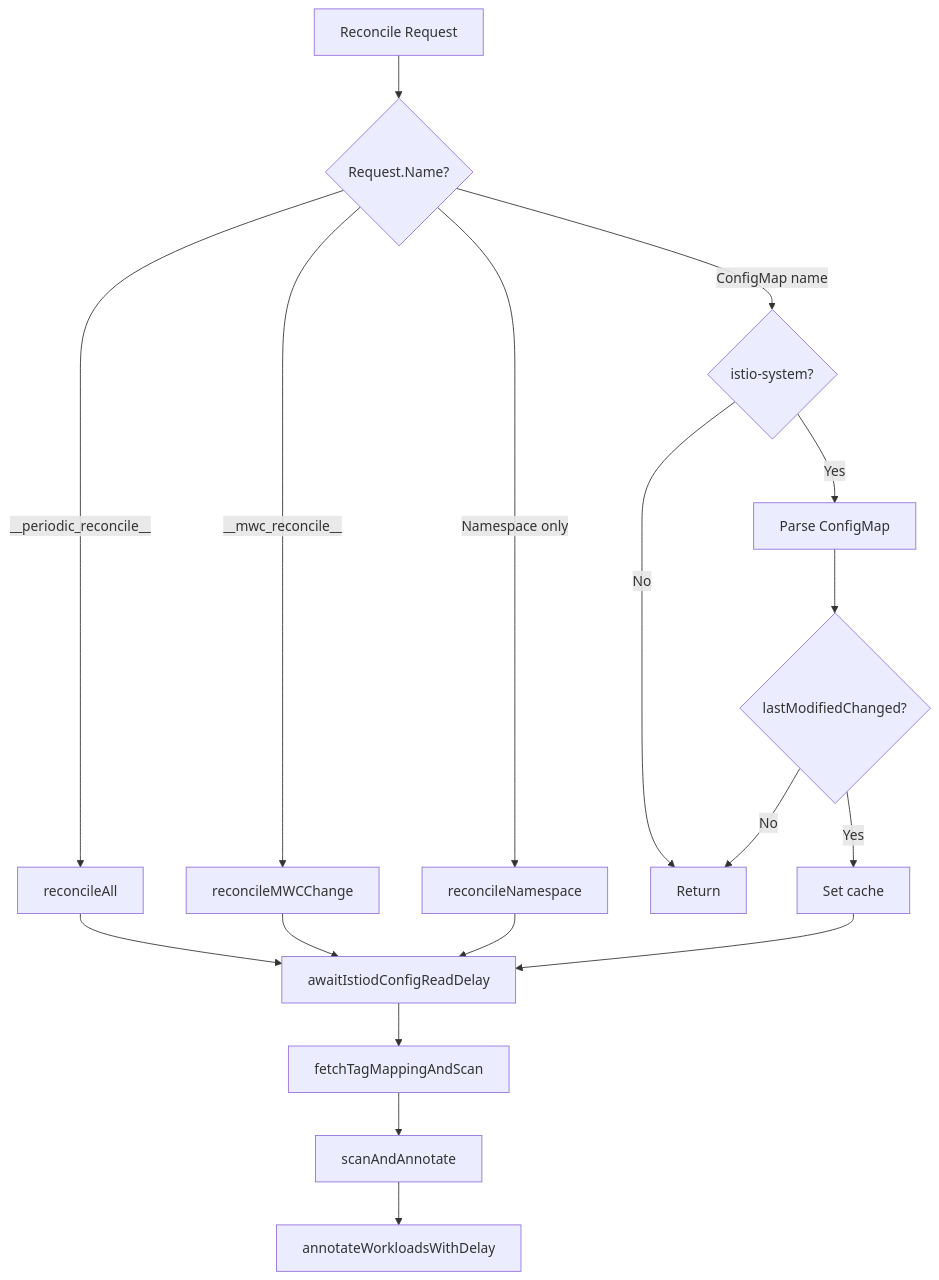
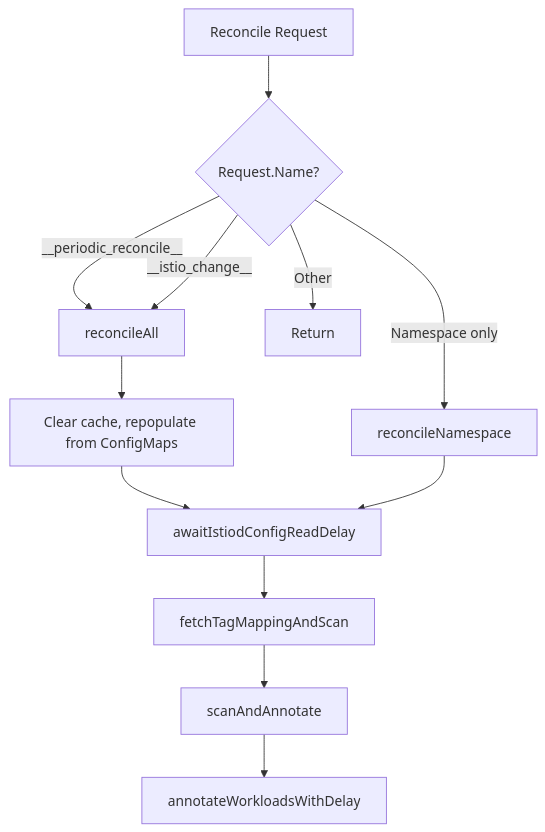
Before and after one commit to istio-ecosystem/fortsa: the second of 3 diagrams in ARCHITECTURE.md, drawn with Mermaid. The commit also changed other lines of this file, not shown here.

Commit message:
update architecture doc to reflect changes to fortsa code

````diff
--- a/ARCHITECTURE.md
+++ b/ARCHITECTURE.md
@@ -109,21 +114,15 @@
 ```mermaid
 flowchart TD
     Reconcile[Reconcile Request]
     Reconcile --> CheckName{Request.Name?}
     CheckName -->|"__periodic_reconcile__"| ReconcileAll[reconcileAll]
-    CheckName -->|"__mwc_reconcile__"| ReconcileMWC[reconcileMWCChange]
+    CheckName -->|"__istio_change__"| ReconcileAll
     CheckName -->|Namespace only| ReconcileNS[reconcileNamespace]
-    CheckName -->|ConfigMap name| CheckNS{istio-system?}
-    CheckNS -->|No| Return[Return]
-    CheckNS -->|Yes| ParseCM[Parse ConfigMap]
-    ParseCM --> CacheCheck{lastModifiedChanged?}
-    CacheCheck -->|No| Return
-    CacheCheck -->|Yes| SetCache[Set cache]
-    SetCache --> AwaitDelay[awaitIstiodConfigReadDelay]
-    ReconcileAll --> AwaitDelay
-    ReconcileMWC --> AwaitDelay
+    CheckName -->|Other| Return[Return]
+    ReconcileAll --> ClearCache[Clear cache, repopulate from ConfigMaps]
+    ClearCache --> AwaitDelay[awaitIstiodConfigReadDelay]
     ReconcileNS --> AwaitDelay
     AwaitDelay --> FetchTag[fetchTagMappingAndScan]
     FetchTag --> ScanAnnotate[scanAndAnnotate]
     ScanAnnotate --> AnnotateDelay[annotateWorkloadsWithDelay]
 ```
````
